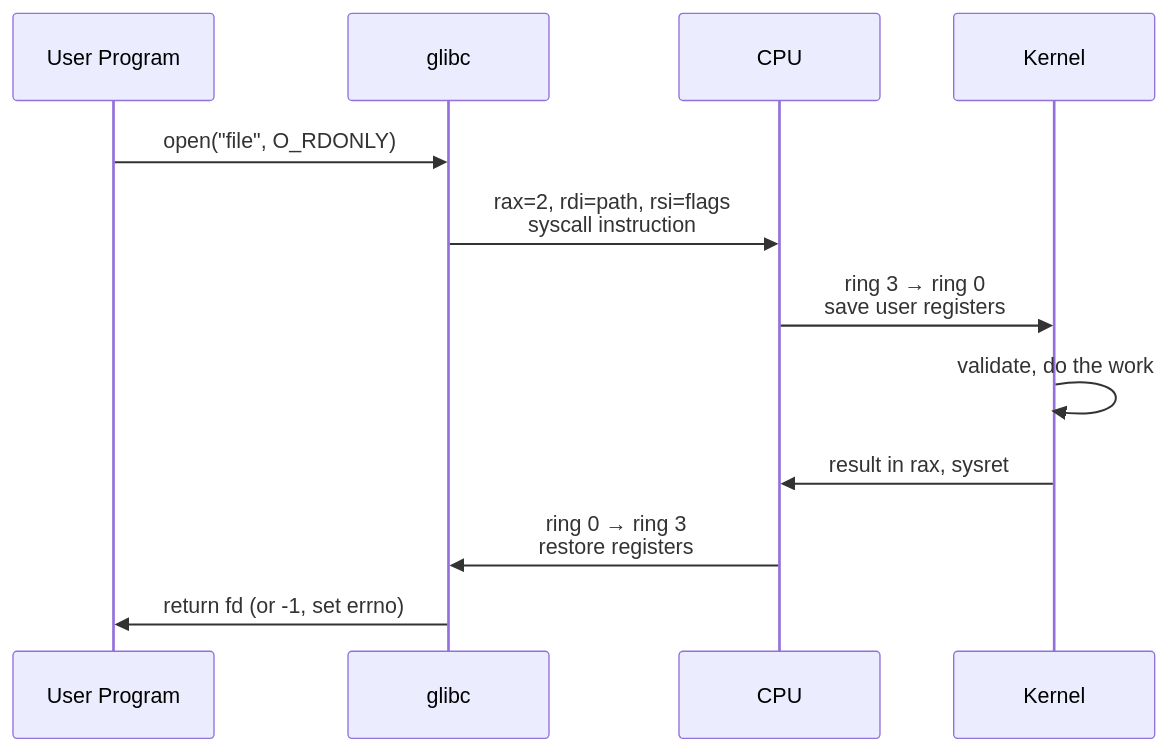
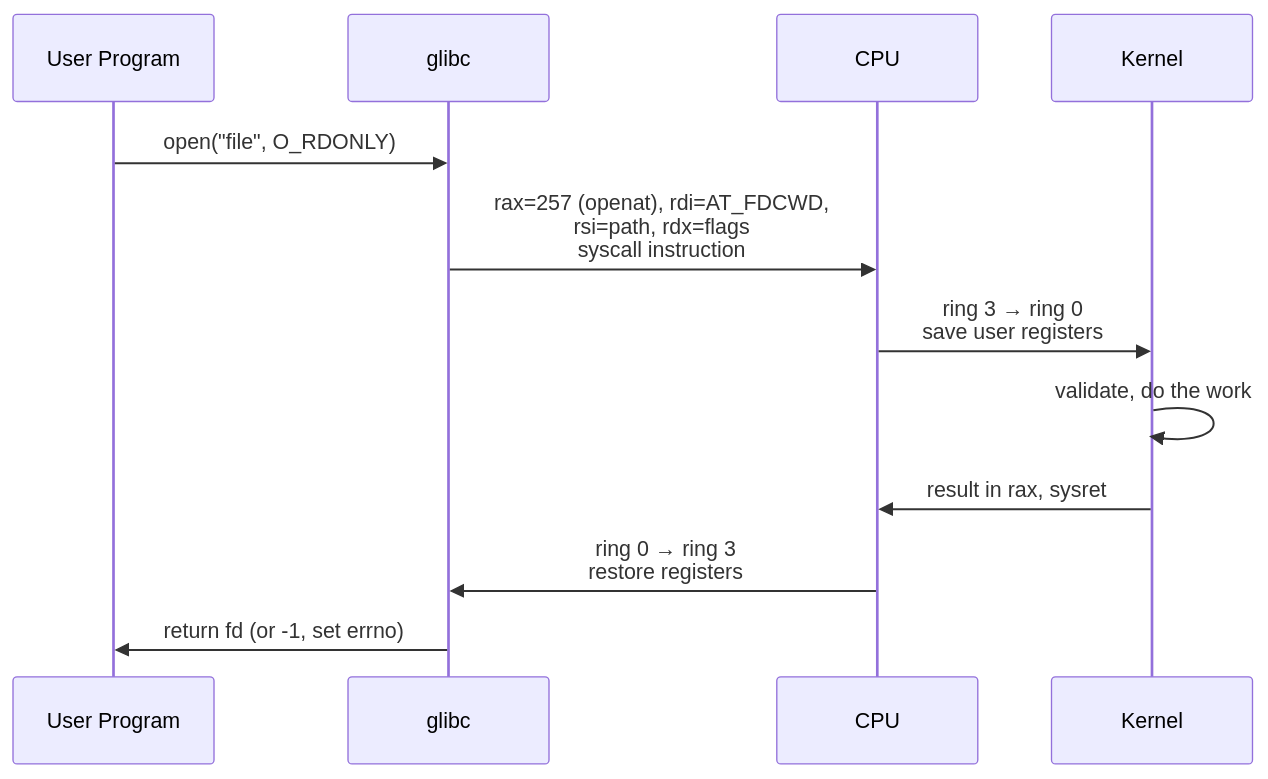
The diagram in linux-notes/01-big-picture/system-calls.md (ValentinTorassa/Linux-Study-Notes-VT), drawn with Mermaid before and after one commit. The commit also changed other lines of this file, not shown here.

First line of the commit message:
Syscalls: openat, clone, wait4 and exit_group, as a modern strace shows them

````diff
--- a/linux-notes/01-big-picture/system-calls.md
+++ b/linux-notes/01-big-picture/system-calls.md
@@ -15,15 +15,15 @@
 ```mermaid
 sequenceDiagram
     participant App as User Program
     participant C as glibc
     participant CPU as CPU
     participant K as Kernel
 
     App->>C: open("file", O_RDONLY)
-    C->>CPU: rax=2, rdi=path, rsi=flags<br/>syscall instruction
+    C->>CPU: rax=257 (openat), rdi=AT_FDCWD,<br/>rsi=path, rdx=flags<br/>syscall instruction
     CPU->>K: ring 3 → ring 0<br/>save user registers
     K->>K: validate, do the work
     K->>CPU: result in rax, sysret
     CPU->>C: ring 0 → ring 3<br/>restore registers
     C->>App: return fd (or -1, set errno)
 ```
````
